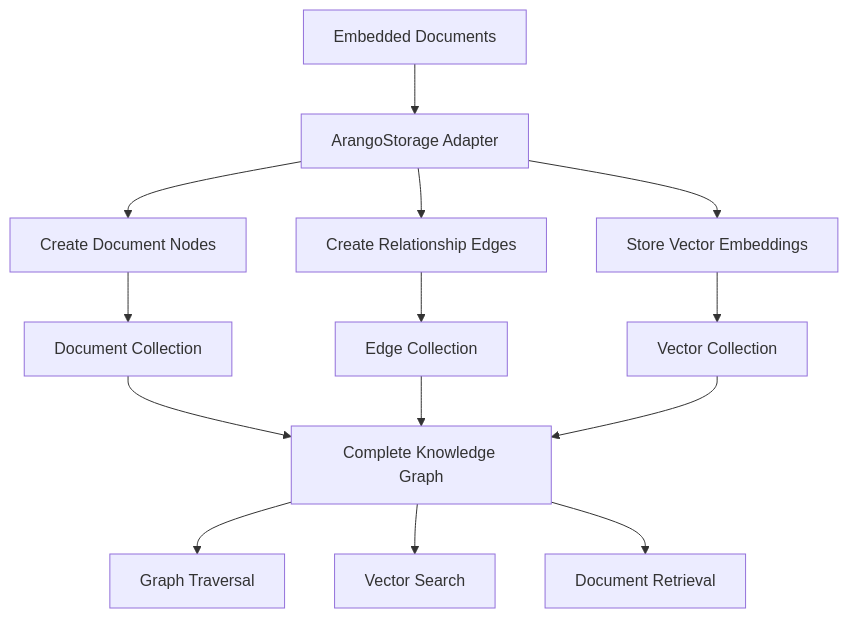
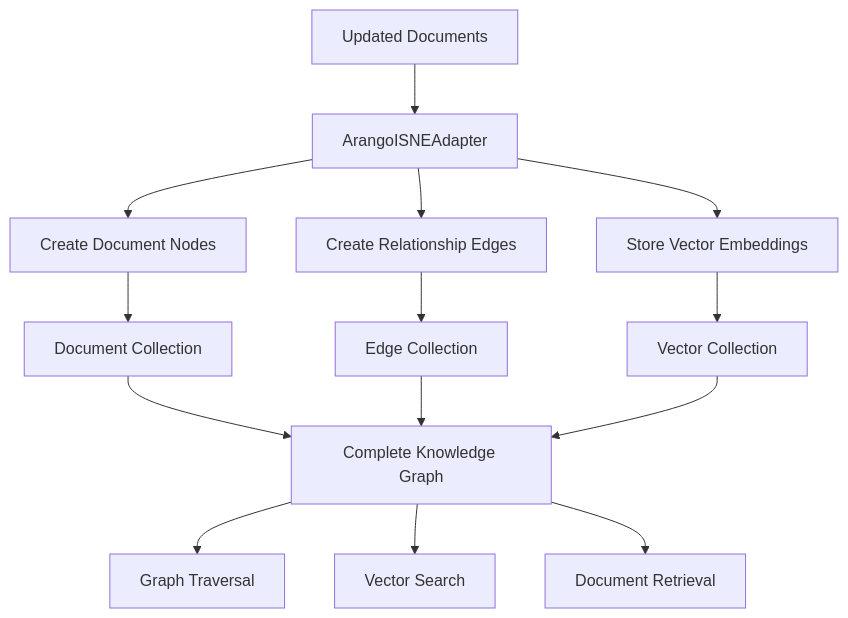
Before and after one commit to r3d91ll/HADES-PathRAG: the sixth of 9 diagrams in docs/ingestion_system.md, drawn with Mermaid. The commit also changed other lines of this file and 34 other files, not shown here.

````diff
--- a/docs/ingestion_system.md
+++ b/docs/ingestion_system.md
@@ -207,18 +251,18 @@
 ```mermaid
 graph TD
-    A[Embedded Documents] --> B[ArangoStorage Adapter]
+    A[Updated Documents] --> B[ArangoISNEAdapter]
     
     B --> C[Create Document Nodes]
     B --> D[Create Relationship Edges]
     B --> E[Store Vector Embeddings]
     
     C --> F[Document Collection]
     D --> G[Edge Collection]
     E --> H[Vector Collection]
     
     F & G & H --> I[Complete Knowledge Graph]
     
     I --> J[Graph Traversal]
     I --> K[Vector Search]
     I --> L[Document Retrieval]
 ```
````
